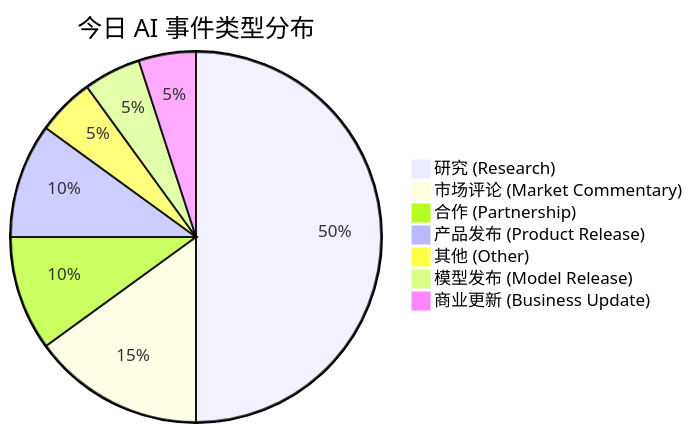
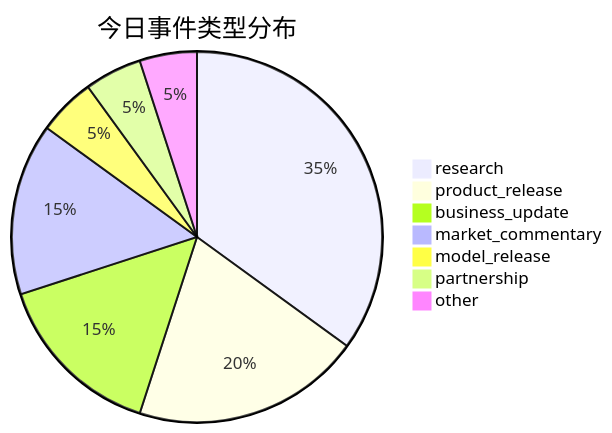
The first of 2 diagrams in reports/daily_ai_report.md (LvienOeria/daily-ai-insight-engine-v2), drawn with Mermaid before and after one commit. The commit also changed other lines of this file and 14 other files, not shown here.

````diff
--- a/reports/daily_ai_report.md
+++ b/reports/daily_ai_report.md
@@ -71,11 +89,11 @@
 ```mermaid
 pie
-    title 今日 AI 事件类型分布
-    "研究 (Research)" : 10
-    "市场评论 (Market Commentary)" : 3
-    "合作 (Partnership)" : 2
-    "产品发布 (Product Release)" : 2
-    "其他 (Other)" : 1
-    "模型发布 (Model Release)" : 1
-    "商业更新 (Business Update)" : 1
+    title 今日事件类型分布
+    "research" : 7
+    "product_release" : 4
+    "business_update" : 3
+    "market_commentary" : 3
+    "model_release" : 1
+    "partnership" : 1
+    "other" : 1
 ```
````
